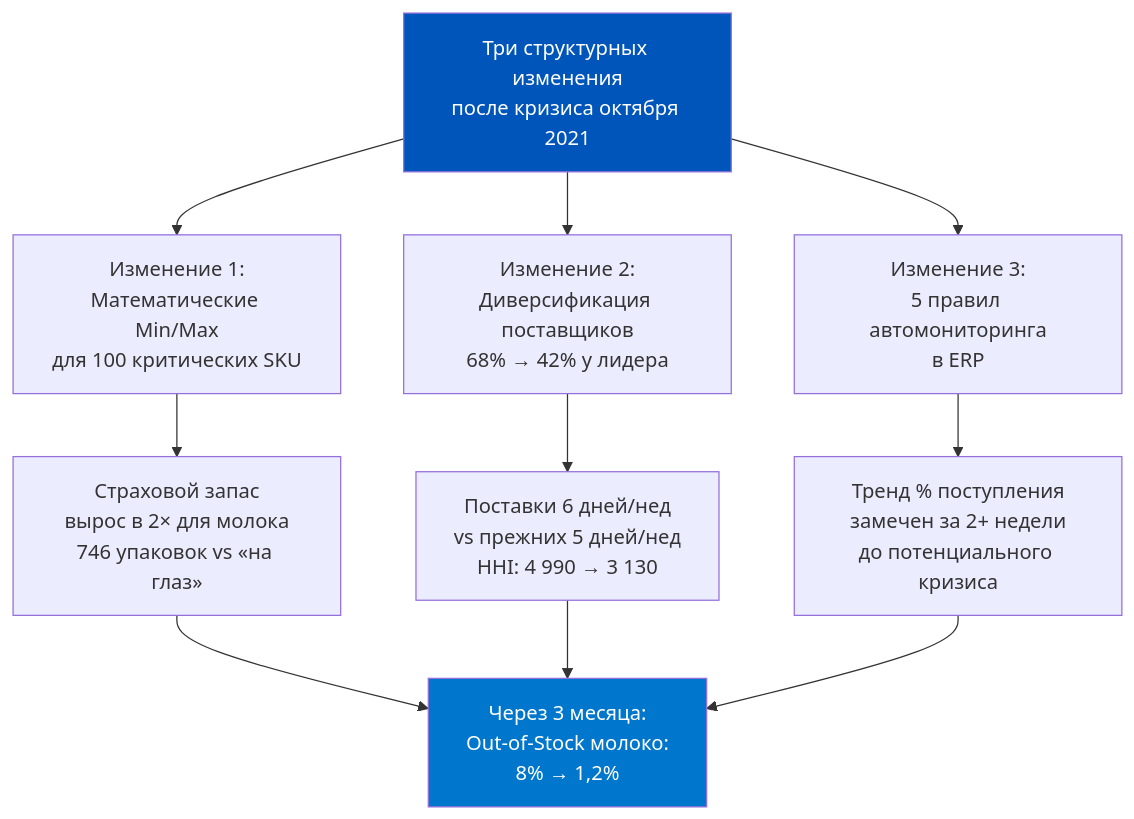
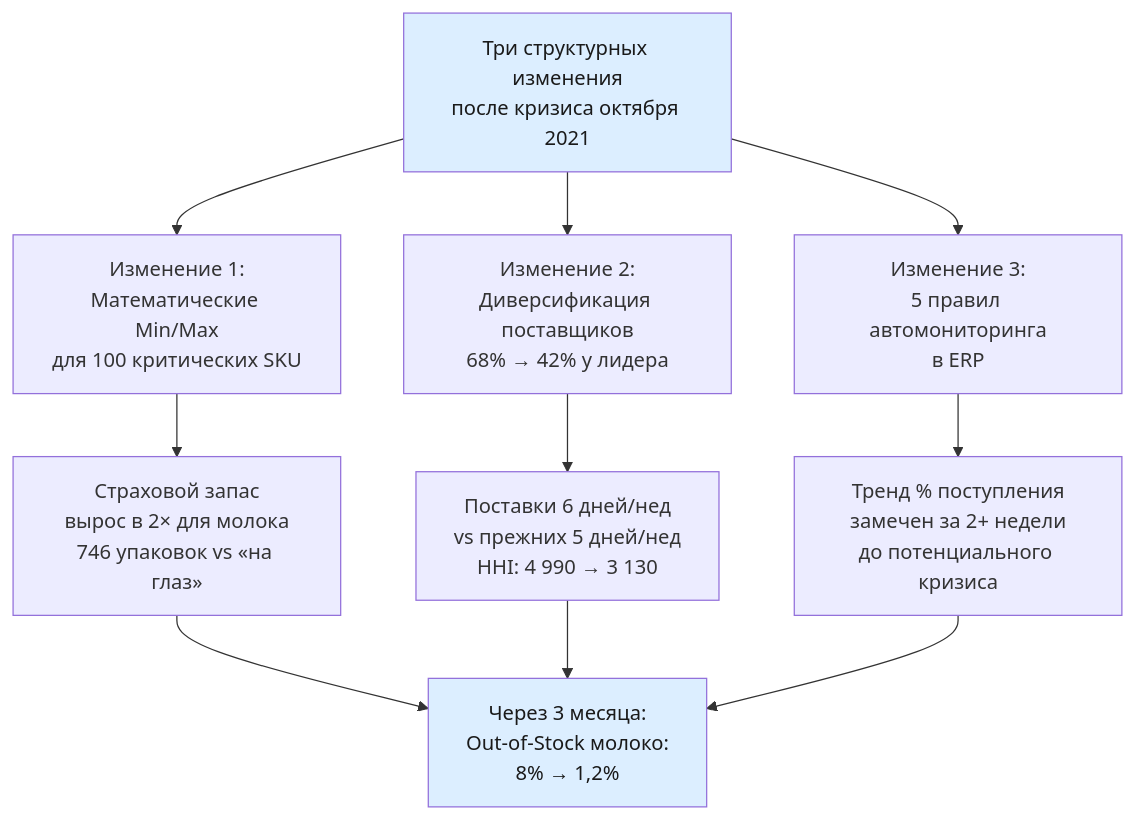
The third of 5 diagrams in content/1c-erp/week_3/Неделя 3 - День 7 - История дефицита.md (murad1986/1c-erp-quartz), drawn with Mermaid before and after one commit. The commit also changed other lines of this file and 57 other files, not shown here.

First line of the commit message:
fix: Mermaid — пастельные цвета в источниках диаграмм (56 файлов)

````diff
--- a/content/1c-erp/week_3/Неделя 3 - День 7 - История дефицита.md
+++ b/content/1c-erp/week_3/Неделя 3 - День 7 - История дефицита.md
@@ -349,15 +349,15 @@
 ```mermaid
 flowchart TD
     A["Три структурных изменения<br/>после кризиса октября 2021"] --> B["Изменение 1:<br/>Математические Min/Max<br/>для 100 критических SKU"]
     A --> C["Изменение 2:<br/>Диверсификация поставщиков<br/>68% → 42% у лидера"]
     A --> D["Изменение 3:<br/>5 правил автомониторинга<br/>в ERP"]
     B --> E["Страховой запас<br/>вырос в 2× для молока<br/>746 упаковок vs «на глаз»"]
     C --> F["Поставки 6 дней/нед<br/>vs прежних 5 дней/нед<br/>HHI: 4 990 → 3 130"]
     D --> G["Тренд % поступления<br/>замечен за 2+ недели<br/>до потенциального кризиса"]
     E --> H["Через 3 месяца:<br/>Out-of-Stock молоко:<br/>8% → 1,2%"]
     F --> H
     G --> H
 
-    style A fill:#0055BB,color:#fff
-    style H fill:#0077CC,color:#fff
+    style A fill:#dceeff,color:#1a1a1a
+    style H fill:#dceeff,color:#1a1a1a
 ```
````
